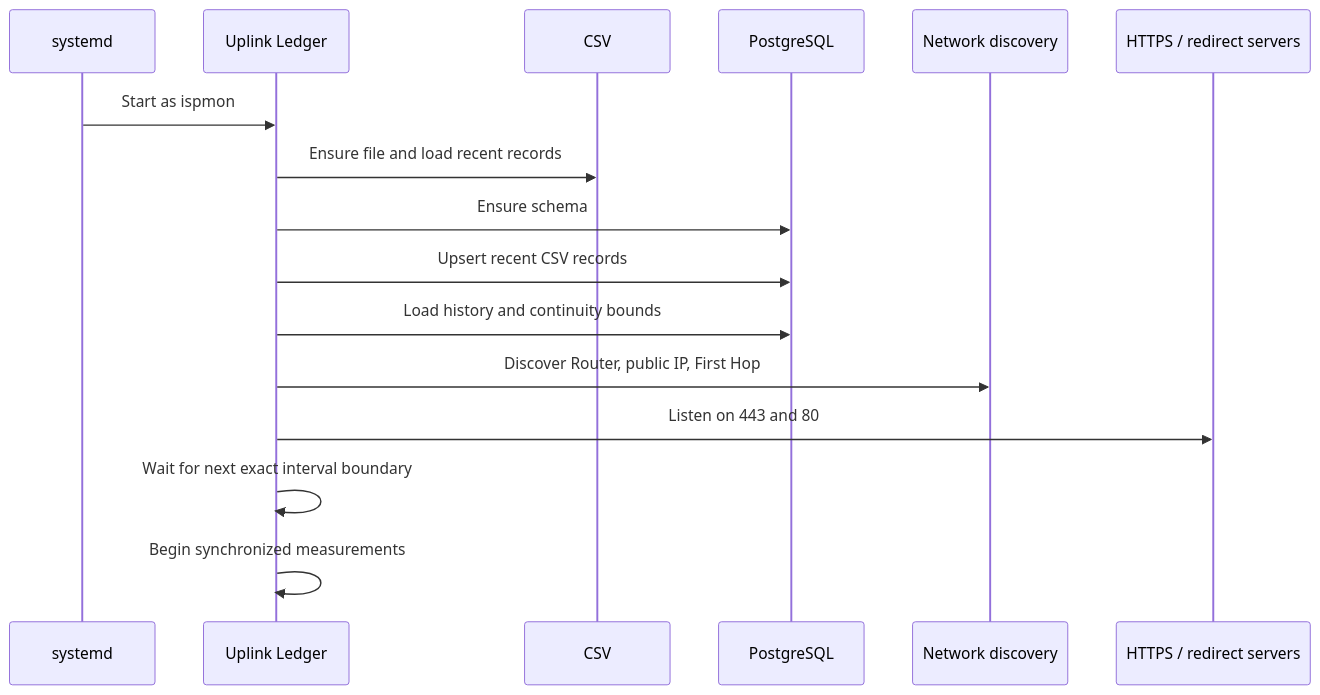
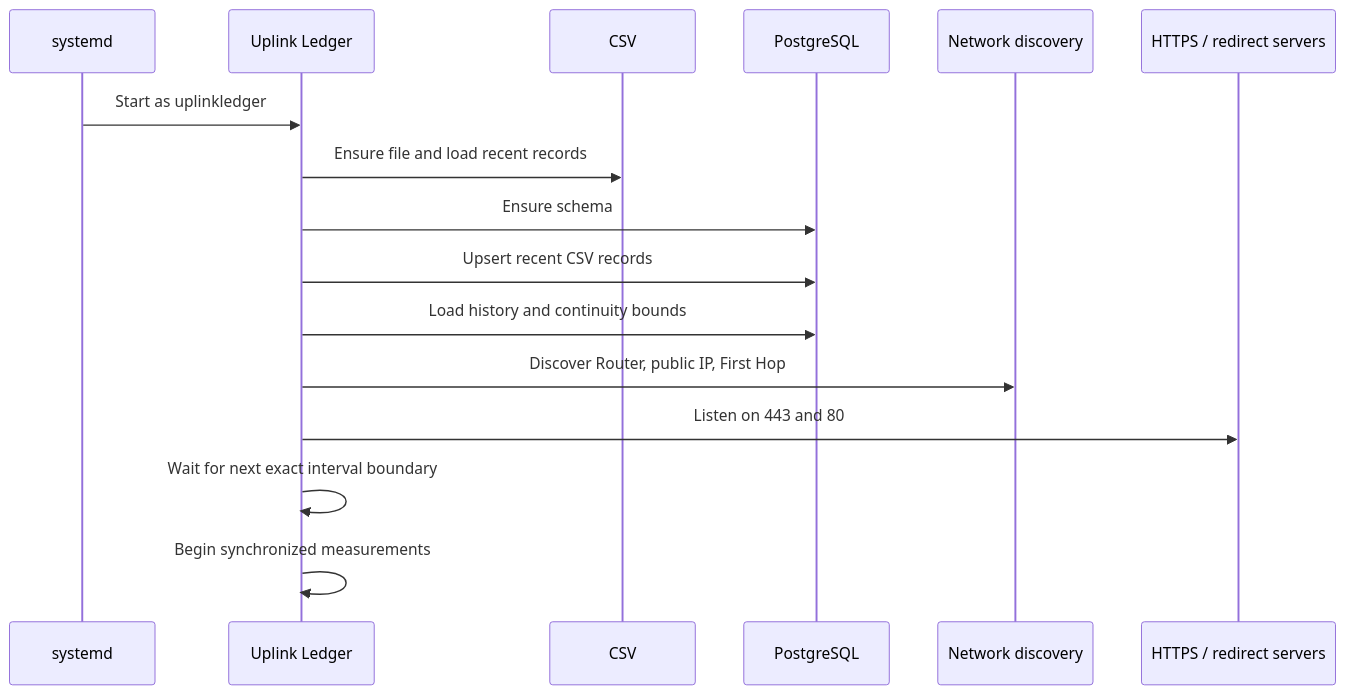
The first of 3 diagrams in docs/operations.md (jodytripp/uplink-ledger), drawn with Mermaid before and after one commit. The commit also changed other lines of this file and 18 other files, not shown here.

````diff
--- a/docs/operations.md
+++ b/docs/operations.md
@@ -9,19 +9,19 @@
 ```mermaid
 sequenceDiagram
     participant SD as systemd
     participant UL as Uplink Ledger
     participant CSV
     participant PG as PostgreSQL
     participant NET as Network discovery
     participant WEB as HTTPS / redirect servers
 
-    SD->>UL: Start as ispmon
+    SD->>UL: Start as uplinkledger
     UL->>CSV: Ensure file and load recent records
     UL->>PG: Ensure schema
     UL->>PG: Upsert recent CSV records
     UL->>PG: Load history and continuity bounds
     UL->>NET: Discover Router, public IP, First Hop
     UL->>WEB: Listen on 443 and 80
     UL->>UL: Wait for next exact interval boundary
     UL->>UL: Begin synchronized measurements
 ```
````
